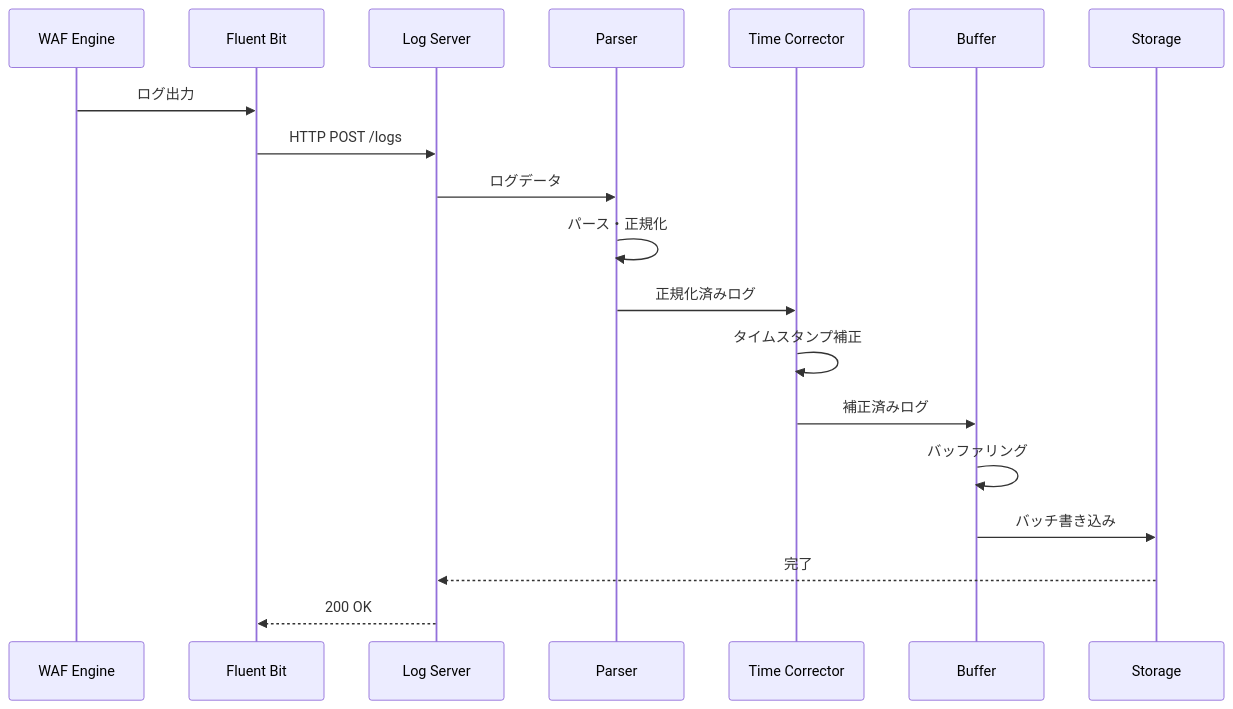
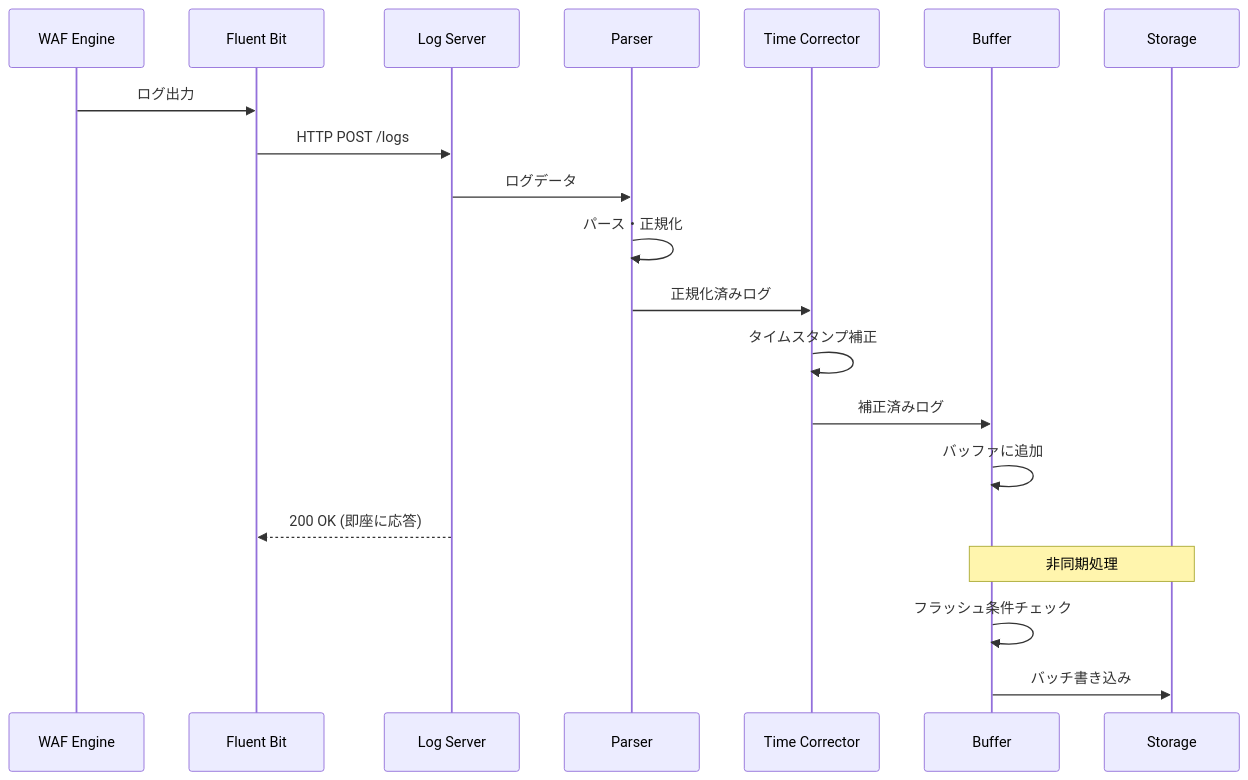
The second of 4 diagrams in docs/design/MWD-53-log-collection.md (kencom2400/MrWebDefence-LogServer), drawn with Mermaid before and after one commit. The commit also changed other lines of this file and 4 other files, not shown here.

````diff
--- a/docs/design/MWD-53-log-collection.md
+++ b/docs/design/MWD-53-log-collection.md
@@ -72,22 +72,24 @@
 ```mermaid
 sequenceDiagram
     participant WAF as WAF Engine
     participant FB as Fluent Bit
     participant LS as Log Server
     participant P as Parser
     participant TC as Time Corrector
     participant B as Buffer
     participant S as Storage
 
     WAF->>FB: ログ出力
     FB->>LS: HTTP POST /logs
     LS->>P: ログデータ
     P->>P: パース・正規化
     P->>TC: 正規化済みログ
     TC->>TC: タイムスタンプ補正
     TC->>B: 補正済みログ
-    B->>B: バッファリング
+    B->>B: バッファに追加
+    LS-->>FB: 200 OK (即座に応答)
+    
+    Note over B,S: 非同期処理
+    B->>B: フラッシュ条件チェック
     B->>S: バッチ書き込み
-    S-->>LS: 完了
-    LS-->>FB: 200 OK
 ```
````
